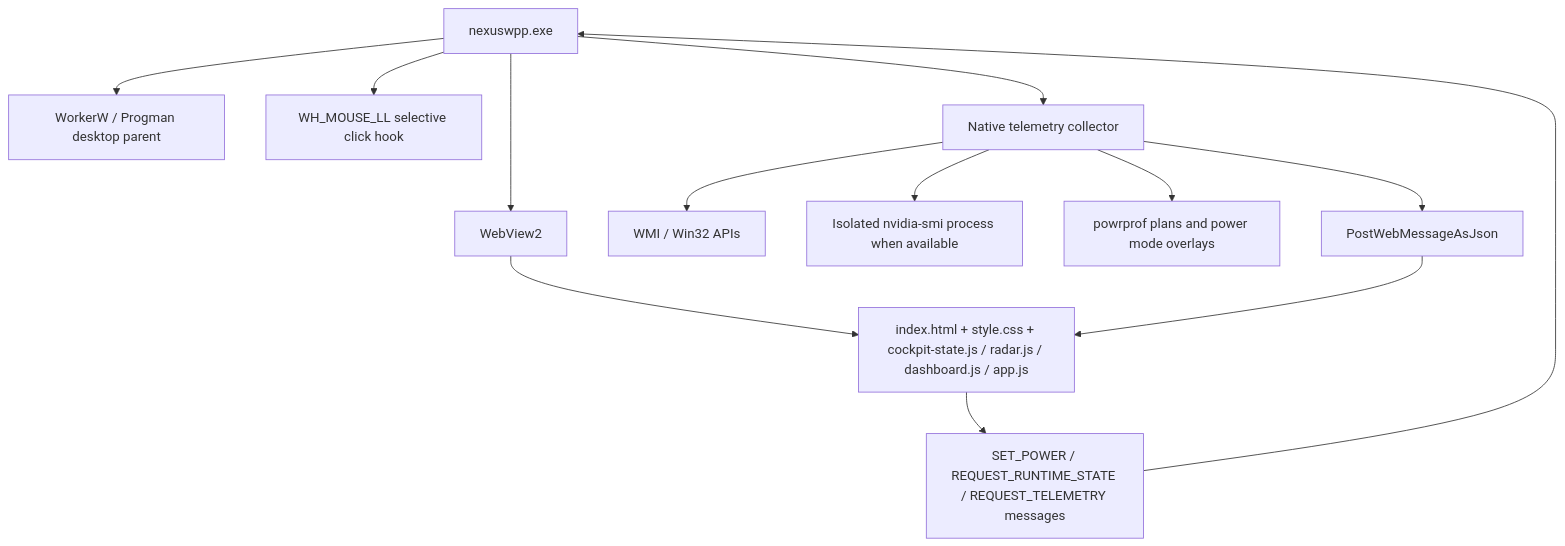
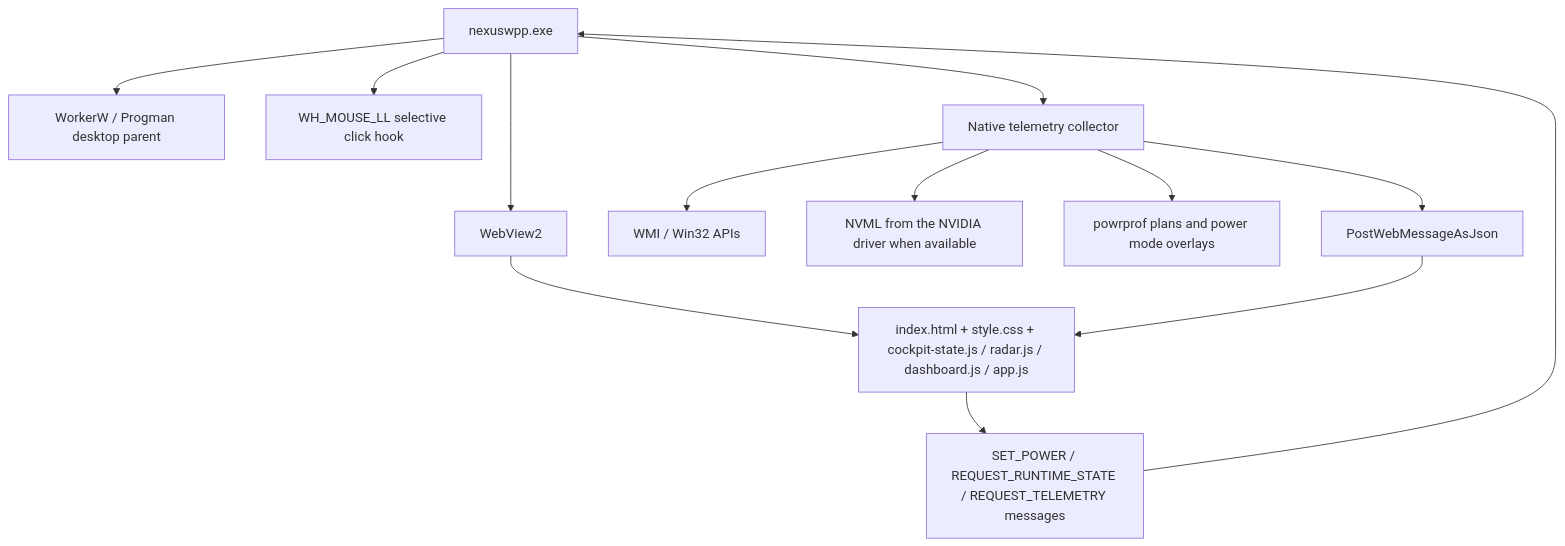
One commit to pironjulien/NexusWpp changed the diagram in ARCHITECTURE.md. Above: the diagram before and after it, drawn with Mermaid. The commit also changed other lines of this file and 10 other files, not shown here.

First line of the commit message:
Read NVIDIA sensors through NVML, write telemetry with Utf8JsonWriter

````diff
--- a/ARCHITECTURE.md
+++ b/ARCHITECTURE.md
@@ -5,15 +5,15 @@
 ```mermaid
 graph TD
     EXE[nexuswpp.exe] --> WV[WebView2]
     EXE --> DESK[WorkerW / Progman desktop parent]
     EXE --> HOOK[WH_MOUSE_LL selective click hook]
     EXE --> TEL[Native telemetry collector]
     TEL --> WMI[WMI / Win32 APIs]
-    TEL --> NVIDIA[Isolated nvidia-smi process when available]
+    TEL --> NVIDIA[NVML from the NVIDIA driver when available]
     TEL --> POWER[powrprof plans and power mode overlays]
     WV --> UI[index.html + style.css + cockpit-state.js / radar.js / dashboard.js / app.js]
     TEL --> MSG[PostWebMessageAsJson]
     MSG --> UI
     UI --> CMD[SET_POWER / REQUEST_RUNTIME_STATE / REQUEST_TELEMETRY messages]
     CMD --> EXE
 ```
````
